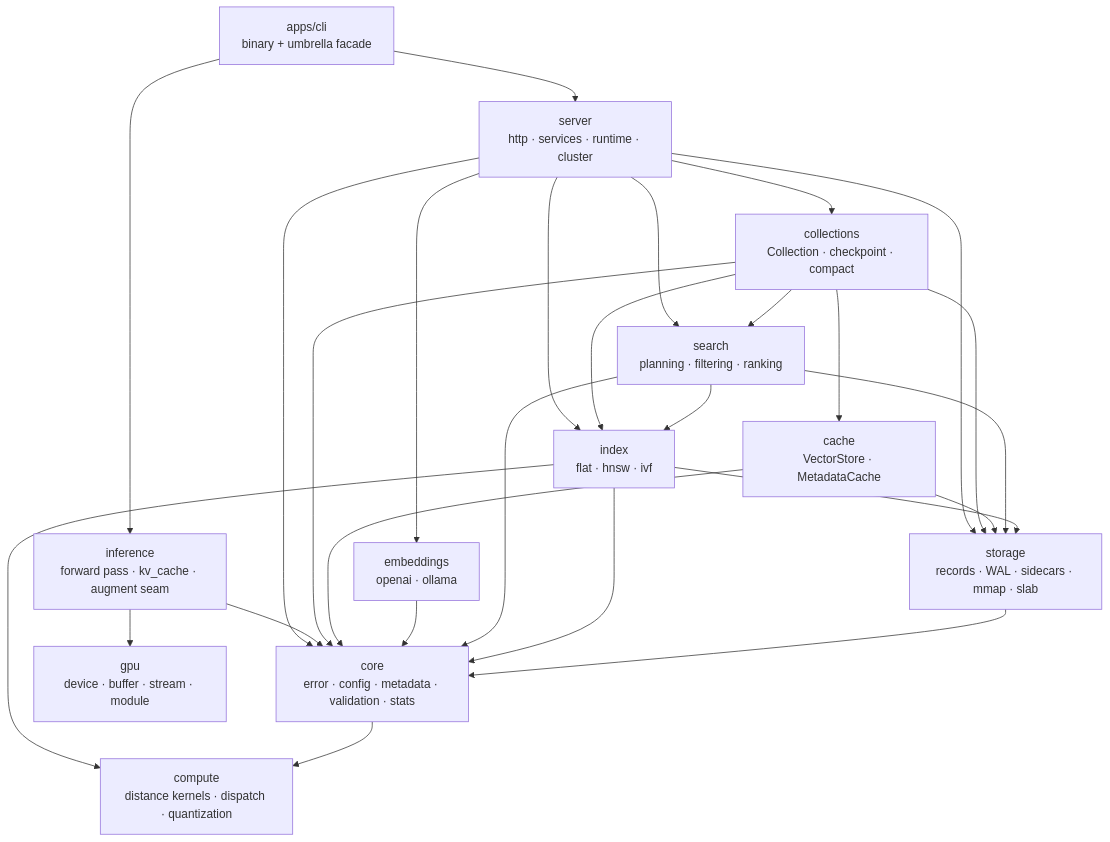
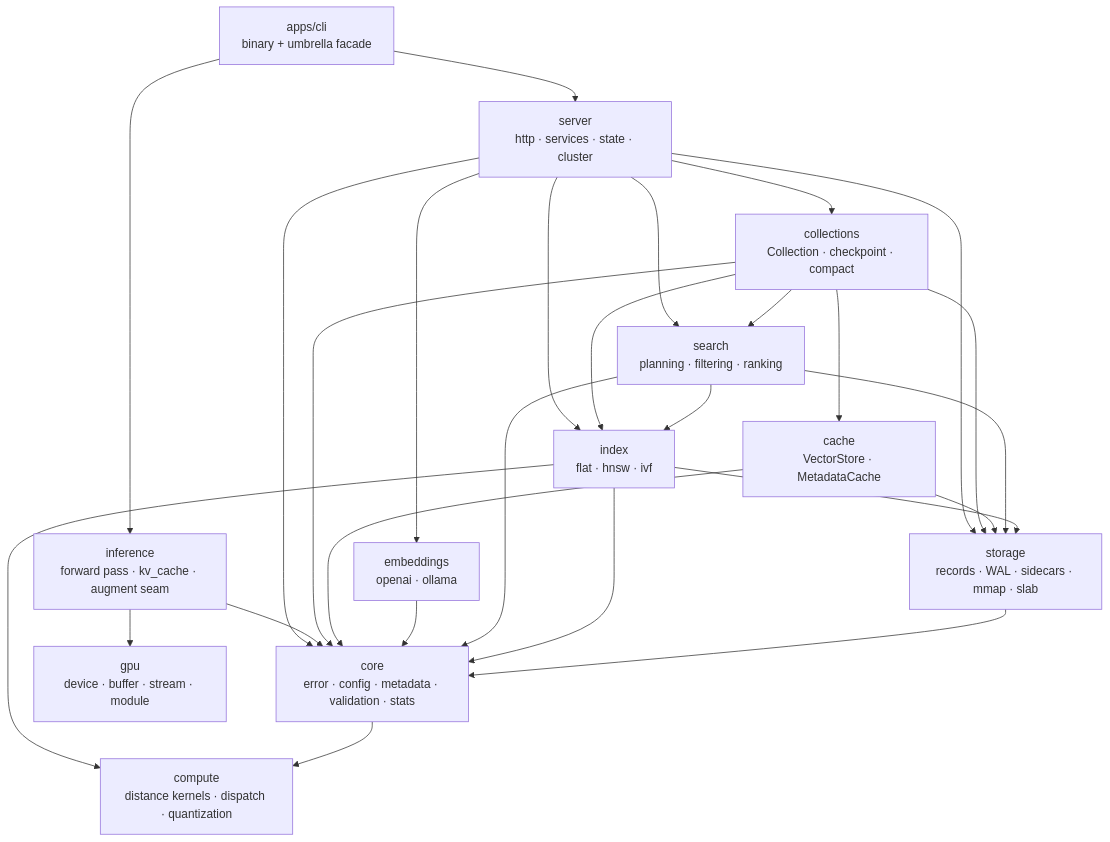
One commit to ashworks1706/Piramid changed the first of 3 diagrams in docs/ARCHITECTURE.md. Above: the diagram before and after it, drawn with Mermaid. The commit also changed other lines of this file and 28 other files, not shown here.

````diff
--- a/docs/ARCHITECTURE.md
+++ b/docs/ARCHITECTURE.md
@@ -75,42 +75,42 @@
 ```mermaid
 flowchart TD
     CLI[apps/cli<br/>binary + umbrella facade]
-    Server[server<br/>http · services · runtime · cluster]
+    Server[server<br/>http · services · state · cluster]
     Inference[inference<br/>forward pass · kv_cache · augment seam]
     Collections[collections<br/>Collection · checkpoint · compact]
     Cache[cache<br/>VectorStore · MetadataCache]
     Embeddings[embeddings<br/>openai · ollama]
     Search[search<br/>planning · filtering · ranking]
     Index[index<br/>flat · hnsw · ivf]
     Storage[storage<br/>records · WAL · sidecars · mmap · slab]
     Core[core<br/>error · config · metadata · validation · stats]
     Compute[compute<br/>distance kernels · dispatch · quantization]
     Gpu[gpu<br/>device · buffer · stream · module]
 
     CLI --> Server
     CLI --> Inference
     Server --> Collections
     Server --> Embeddings
     Server --> Search
     Server --> Index
     Server --> Storage
     Server --> Core
     Inference --> Gpu
     Inference --> Core
     Collections --> Search
     Collections --> Index
     Collections --> Cache
     Collections --> Storage
     Collections --> Core
     Cache --> Storage
     Cache --> Core
     Embeddings --> Core
     Search --> Index
     Search --> Storage
     Search --> Core
     Index --> Storage
     Index --> Core
     Index --> Compute
     Storage --> Core
     Core --> Compute
 ```
````
